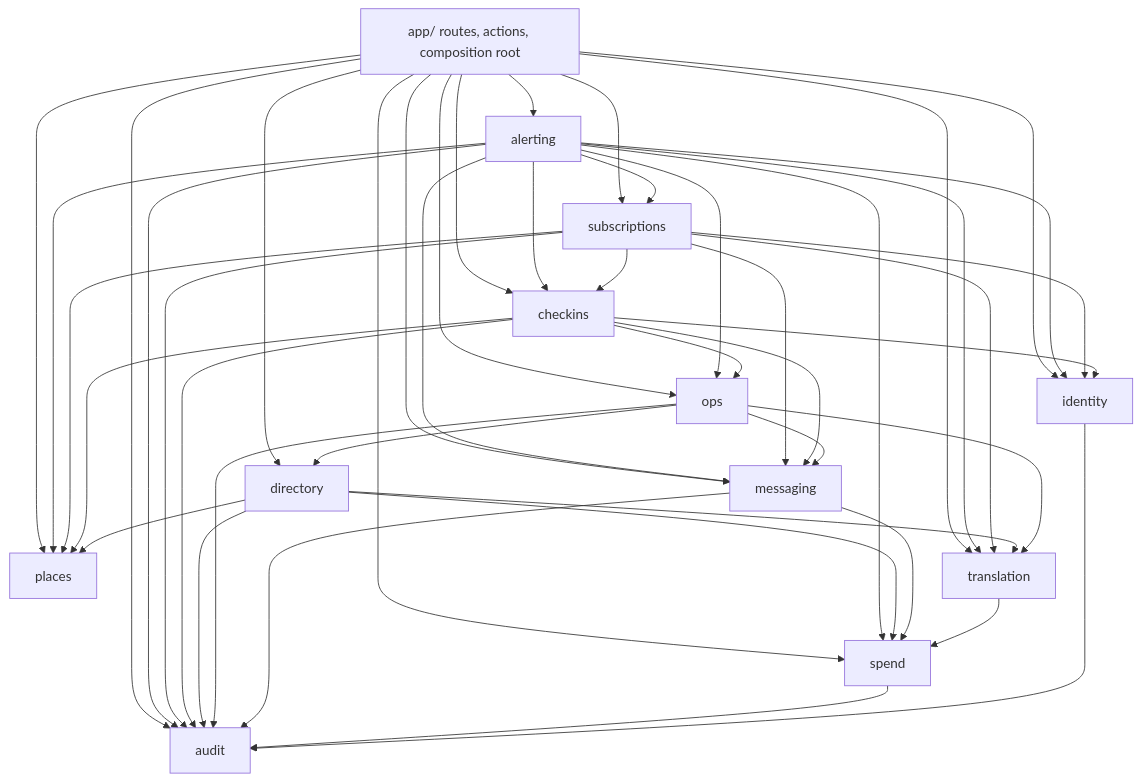
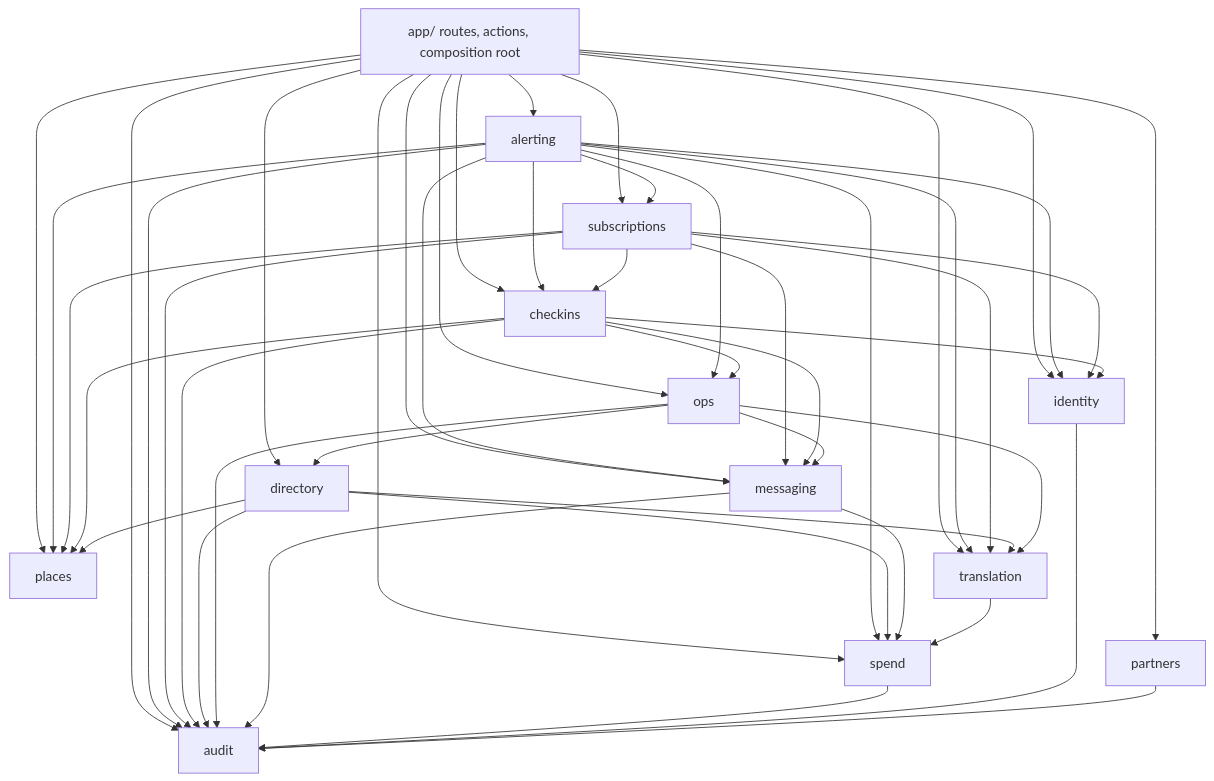
One commit to Climate-Resilient-Communities/thorncliffe-flemingdon-park-cvh-pilot changed the first of 4 diagrams in docs/architecture/ARCHITECTURE-SPINE.md. Above: the diagram before and after it, drawn with Mermaid. The commit also changed other lines of this file and 17 other files, not shown here.

````diff
--- a/docs/architecture/ARCHITECTURE-SPINE.md
+++ b/docs/architecture/ARCHITECTURE-SPINE.md
@@ -33,47 +33,49 @@
 ```mermaid
 flowchart TD
   app["app/ routes, actions, composition root"] --> alerting
   app --> subscriptions
   app --> checkins
   app --> directory
   app --> identity
   app --> places
   app --> messaging
   app --> translation
   app --> audit
   app --> spend
   app --> ops
+  app --> partners
   alerting --> messaging
   alerting --> translation
   alerting --> places
   alerting --> subscriptions
   alerting --> checkins
   alerting --> identity
   alerting --> audit
   alerting --> spend
   alerting --> ops
   subscriptions --> messaging
   subscriptions --> places
   subscriptions --> translation
   subscriptions --> checkins
   subscriptions --> identity
   subscriptions --> audit
   checkins --> messaging
   checkins --> identity
   checkins --> places
   checkins --> audit
   checkins --> ops
   directory --> translation
   directory --> places
   directory --> audit
   directory --> spend
   ops --> messaging
   ops --> audit
   ops --> translation
   ops --> directory
   messaging --> spend
   messaging --> audit
   translation --> spend
   spend --> audit
   identity --> audit
+  partners --> audit
 ```
````
